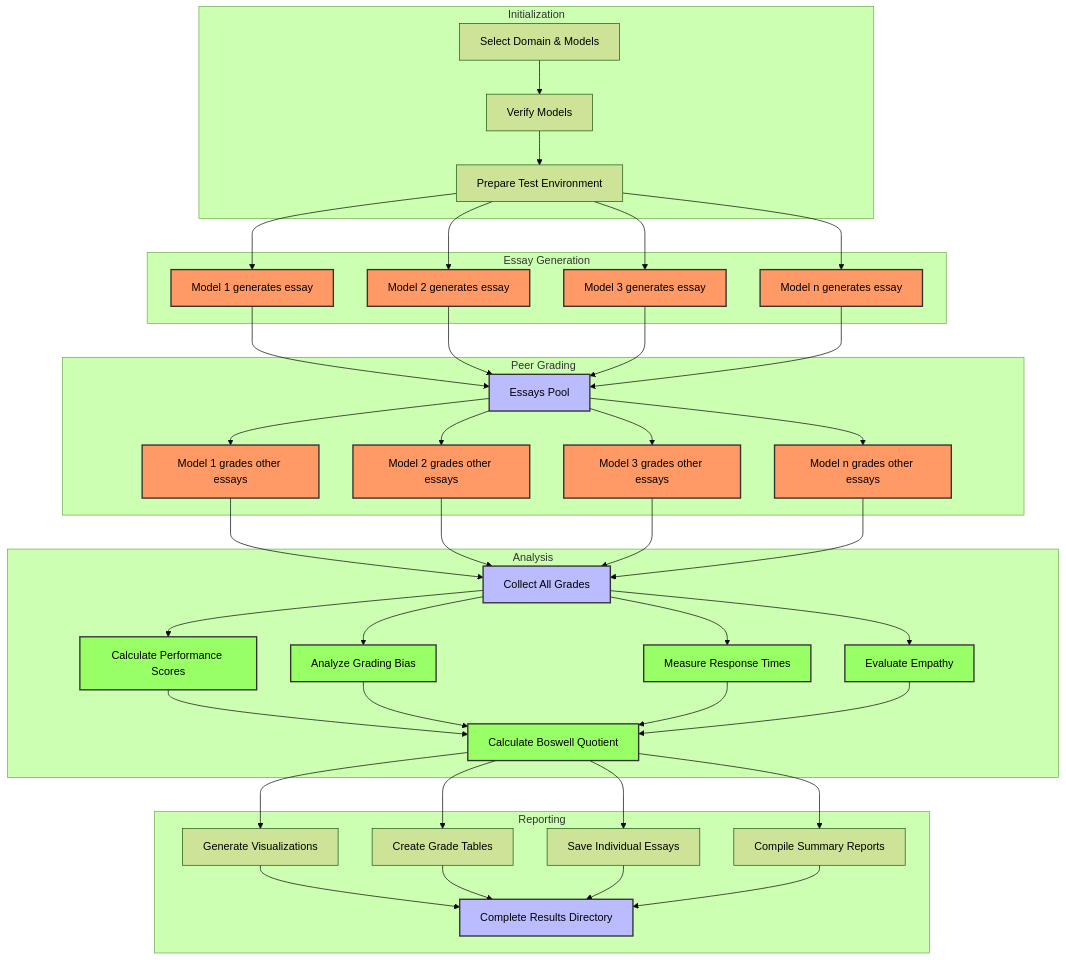
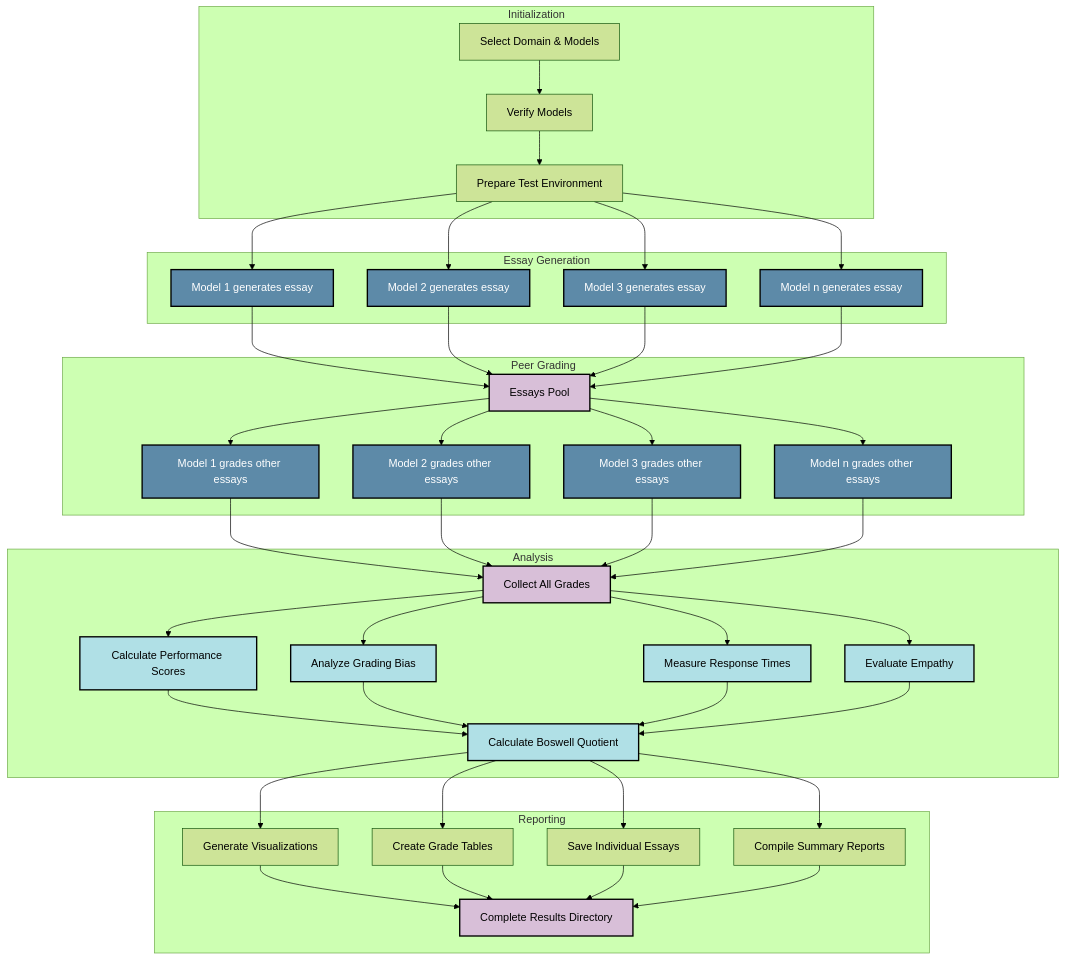
Before and after one commit to referential-ai/boswell-test: the first of 3 diagrams in docs/technical/model_interaction.md, drawn with Mermaid (forest theme). The commit also changed other lines of this file, not shown here.

````diff
--- a/docs/technical/model_interaction.md
+++ b/docs/technical/model_interaction.md
@@ -9,63 +9,63 @@
 ```mermaid
 flowchart TD
     subgraph Initialization
         A[Select Domain & Models] --> B[Verify Models]
         B --> C[Prepare Test Environment]
     end
 
     subgraph Essay Generation
         C --> D1[Model 1 generates essay]
         C --> D2[Model 2 generates essay]
         C --> D3[Model 3 generates essay]
         C --> Dn[Model n generates essay]
     end
 
     subgraph Peer Grading
         D1 --> E1[Essays Pool]
         D2 --> E1
         D3 --> E1
         Dn --> E1
         
         E1 --> F1[Model 1 grades other essays]
         E1 --> F2[Model 2 grades other essays]
         E1 --> F3[Model 3 grades other essays]
         E1 --> Fn[Model n grades other essays]
     end
 
     subgraph Analysis
         F1 --> G[Collect All Grades]
         F2 --> G
         F3 --> G
         Fn --> G
         
         G --> H1[Calculate Performance Scores]
         G --> H2[Analyze Grading Bias]
         G --> H3[Measure Response Times]
         G --> H4[Evaluate Empathy]
 
         H1 --> I[Calculate Boswell Quotient]
         H2 --> I
         H3 --> I
         H4 --> I
     end
 
     subgraph Reporting
         I --> J1[Generate Visualizations]
         I --> J2[Create Grade Tables]
         I --> J3[Save Individual Essays]
         I --> J4[Compile Summary Reports]
         
         J1 --> K[Complete Results Directory]
         J2 --> K
         J3 --> K
         J4 --> K
     end
 
-    classDef model fill:#f96,stroke:#333,stroke-width:2px
-    classDef data fill:#bbf,stroke:#333,stroke-width:2px
-    classDef process fill:#9f6,stroke:#333,stroke-width:2px
+    classDef model fill:#5d8aa8,stroke:#000,stroke-width:2px,color:#fff
+    classDef data fill:#d8bfd8,stroke:#000,stroke-width:2px
+    classDef process fill:#b0e0e6,stroke:#000,stroke-width:2px
     
     class D1,D2,D3,Dn,F1,F2,F3,Fn model
     class E1,G,K data
     class H1,H2,H3,H4,I process
 ```
````
